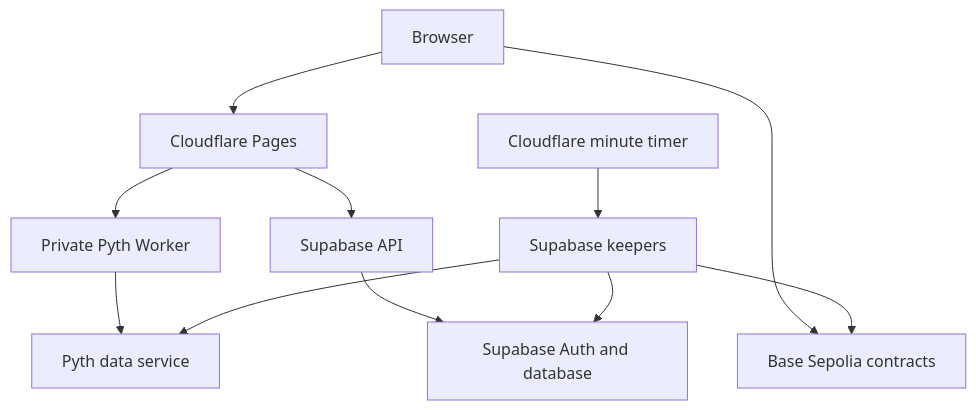
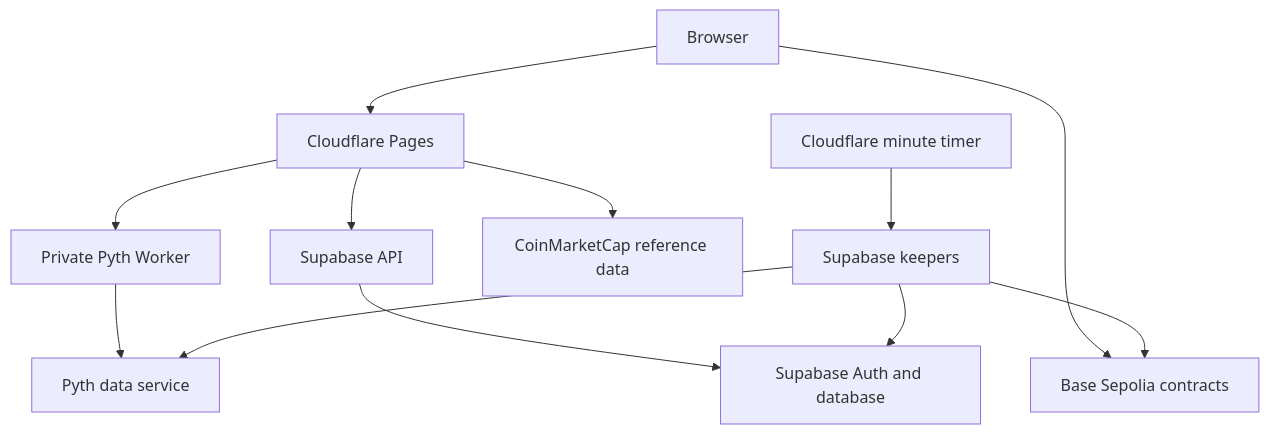
Before and after one commit to stanisnear/velo-trading-terminal: the diagram in README.md, drawn with Mermaid. The commit also changed other lines of this file and 31 other files, not shown here.

````diff
--- a/README.md
+++ b/README.md
@@ -52,13 +62,14 @@
 ```mermaid
 flowchart TD
   U[Browser] --> P[Cloudflare Pages]
   P --> W[Private Pyth Worker]
   W --> D[Pyth data service]
   P --> A[Supabase API]
+  P --> M[CoinMarketCap reference data]
   A --> S[Supabase Auth and database]
   U --> C[Base Sepolia contracts]
   T[Cloudflare minute timer] --> K[Supabase keepers]
   K --> D
   K --> C
   K --> S
 ```
````
